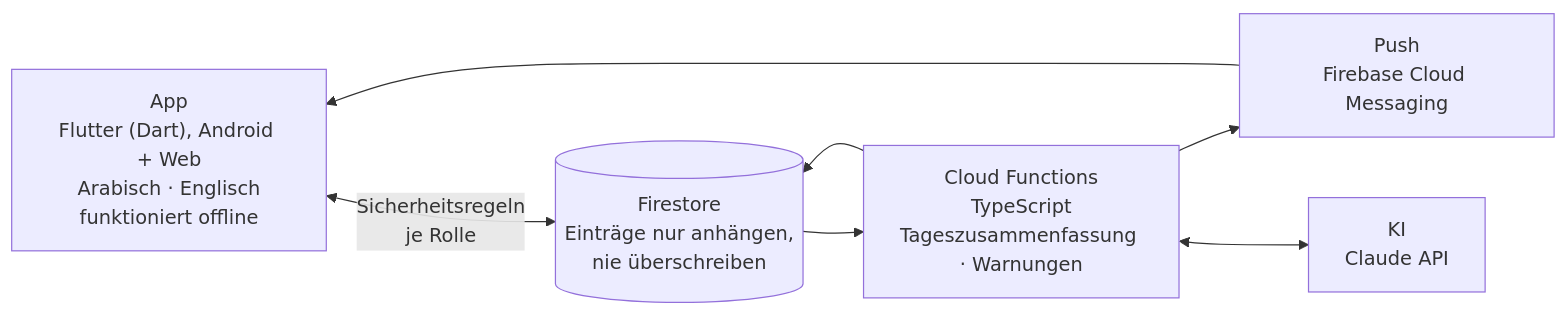
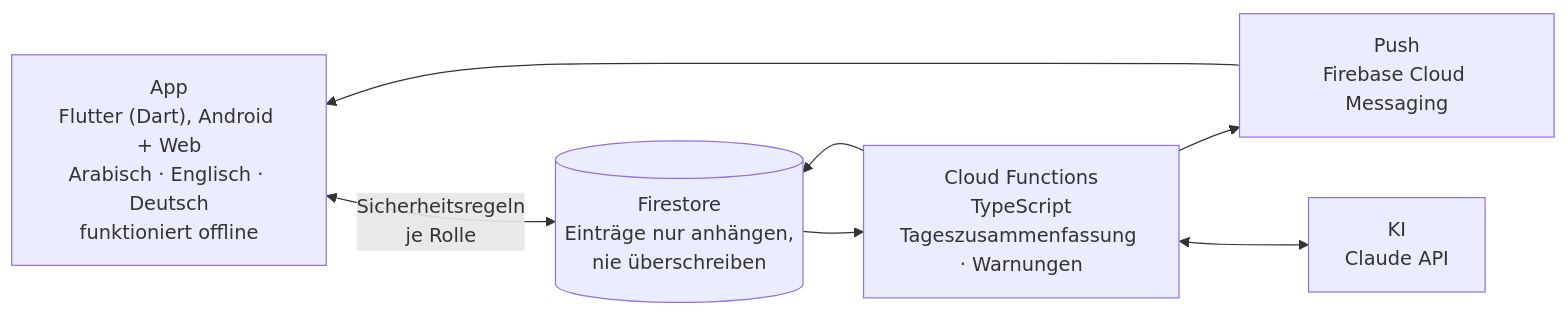
One commit to ameralhelal/ameralhelal changed the third of 3 diagrams in README.md. Above: the diagram before and after it, drawn with Mermaid. The commit also changed other lines of this file, not shown here.

````diff
--- a/README.md
+++ b/README.md
@@ -188,13 +188,13 @@
 ```mermaid
 flowchart LR
-    App["App<br/>Flutter (Dart), Android + Web<br/>Arabisch · Englisch<br/>funktioniert offline"]
+    App["App<br/>Flutter (Dart), Android + Web<br/>Arabisch · Englisch · Deutsch<br/>funktioniert offline"]
     DB[("Firestore<br/>Einträge nur anhängen,<br/>nie überschreiben")]
     Fn["Cloud Functions<br/>TypeScript<br/>Tageszusammenfassung · Warnungen"]
     Push["Push<br/>Firebase Cloud Messaging"]
     KI["KI<br/>Claude API"]
     App <-->|"Sicherheitsregeln<br/>je Rolle"| DB
     DB --> Fn
     Fn --> DB
     Fn --> Push --> App
     Fn <--> KI
 ```
````
